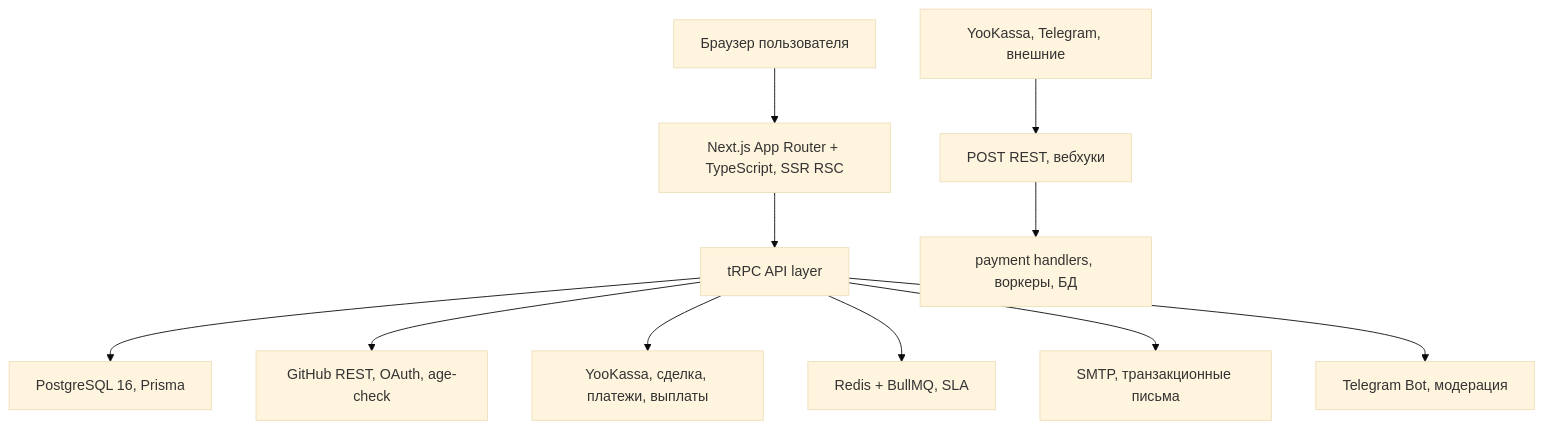
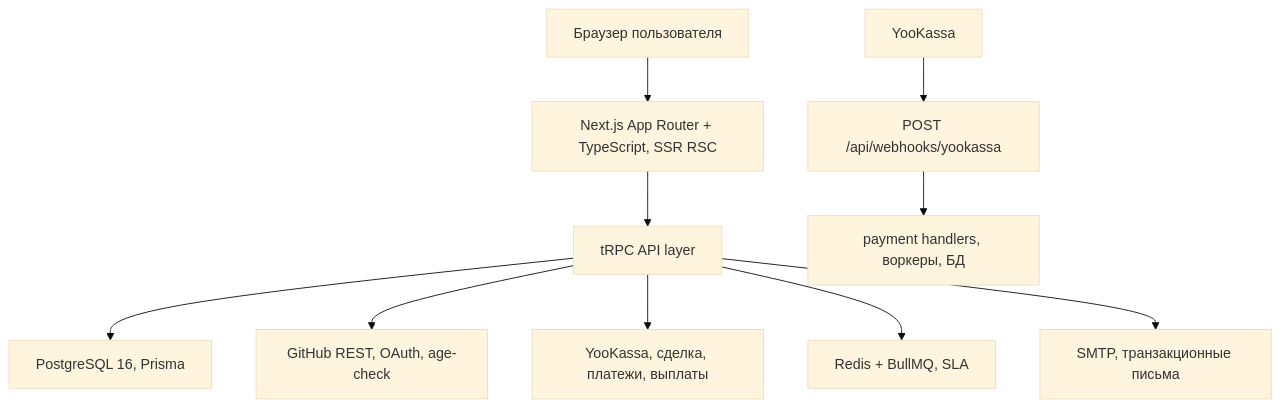
The diagram in docs/PRD.md (Ernest0-Production/Referi), drawn with Mermaid (base theme) before and after one commit. The commit also changed other lines of this file and 43 other files, not shown here.

````diff
--- a/docs/PRD.md
+++ b/docs/PRD.md
@@ -315,11 +314,10 @@
 ```mermaid
 flowchart TB
   browser[Браузер пользователя] --> next[Next.js App Router + TypeScript, SSR RSC] --> trpc[tRPC API layer]
   trpc --> pg[PostgreSQL 16, Prisma]
   trpc --> gha[GitHub REST, OAuth, age-check]
   trpc --> yk[YooKassa, сделка, платежи, выплаты]
   trpc --> rmq[Redis + BullMQ, SLA]
   trpc --> smtp[SMTP, транзакционные письма]
-  trpc --> tgb[Telegram Bot, модерация]
-  wh[YooKassa, Telegram, внешние] --> rest[POST REST, вебхуки] --> w[payment handlers, воркеры, БД]
+  wh[YooKassa] --> rest[POST /api/webhooks/yookassa] --> w[payment handlers, воркеры, БД]
 ```
````
